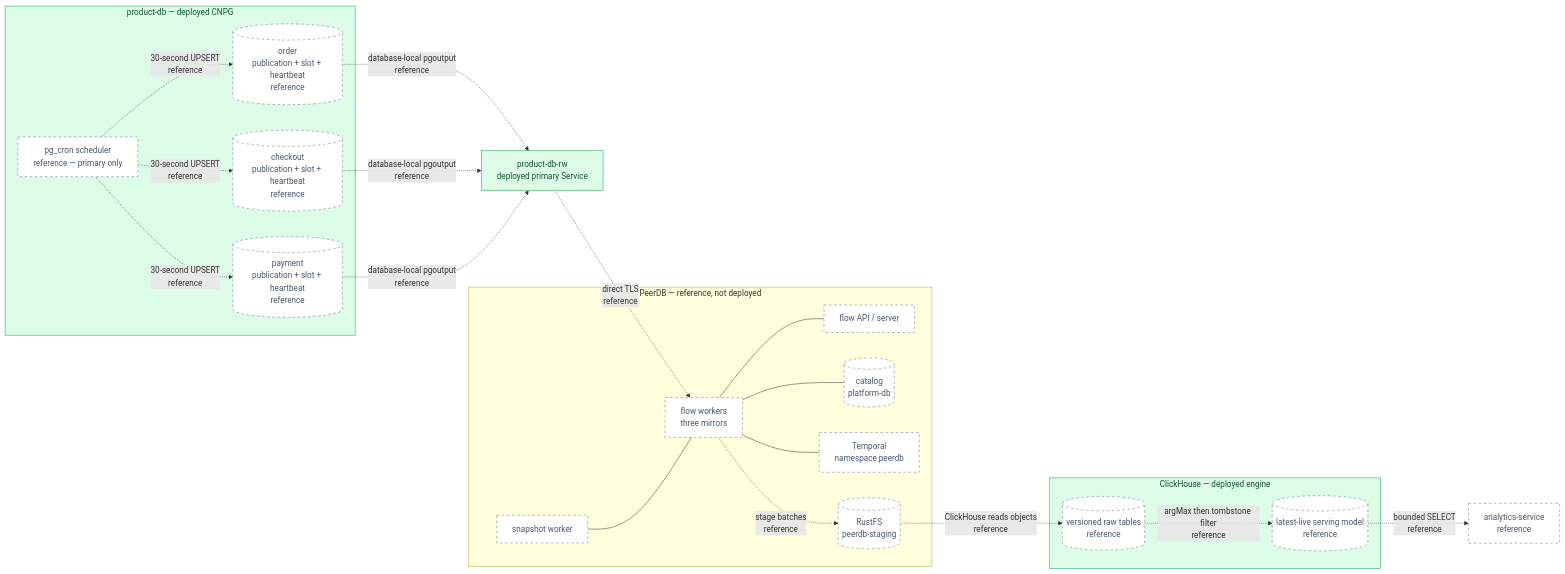
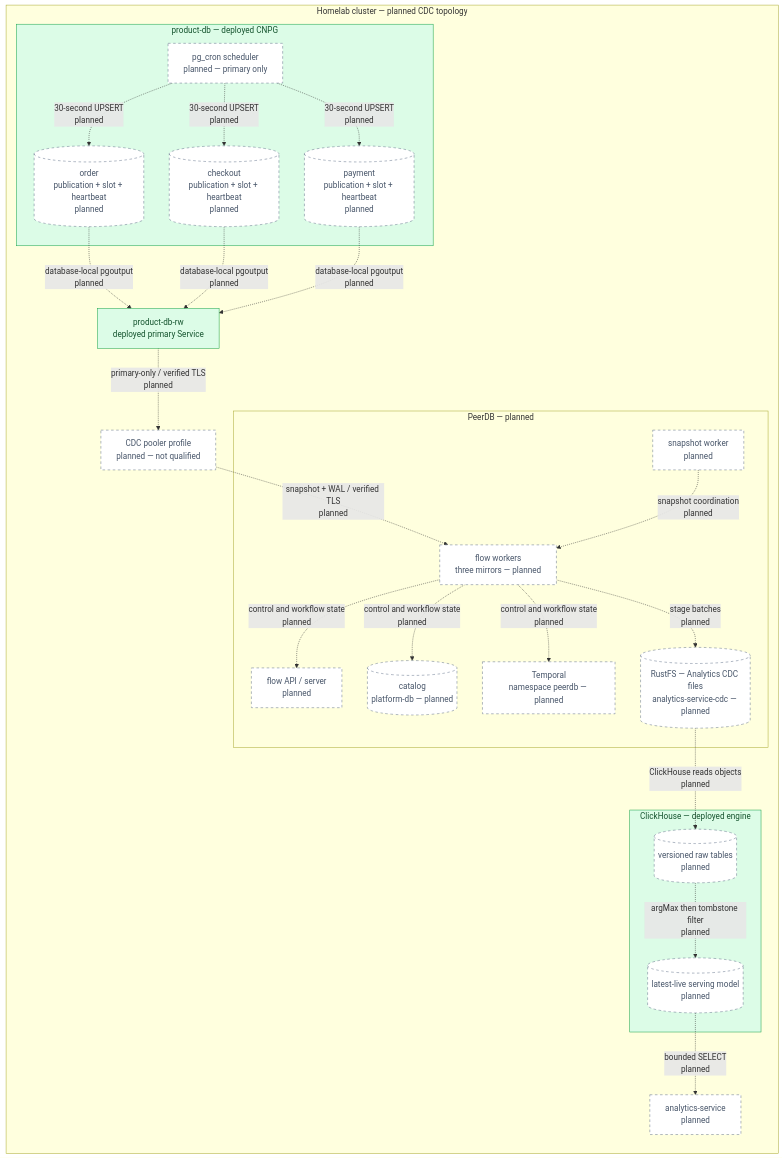
One commit to duynhlab/homelab changed the first of 2 diagrams in docs/proposals/rfc/RFC-0030/research.md. Above: the diagram before and after it, drawn with Mermaid. The commit also changed other lines of this file and 27 other files, not shown here.

````diff
--- a/docs/proposals/rfc/RFC-0030/research.md
+++ b/docs/proposals/rfc/RFC-0030/research.md
@@ -122,42 +169,48 @@
 ```mermaid
 flowchart LR
+  subgraph CLUSTER["Homelab cluster — planned CDC topology"]
   subgraph PG["product-db — deployed CNPG"]
-    CRON["pg_cron scheduler<br/>reference — primary only"]
-    ORD[("order<br/>publication + slot + heartbeat<br/>reference")]
-    CHECK[("checkout<br/>publication + slot + heartbeat<br/>reference")]
-    PAY[("payment<br/>publication + slot + heartbeat<br/>reference")]
+    CRON["pg_cron scheduler<br/>planned — primary only"]
+    ORD[("order<br/>publication + slot + heartbeat<br/>planned")]
+    CHECK[("checkout<br/>publication + slot + heartbeat<br/>planned")]
+    PAY[("payment<br/>publication + slot + heartbeat<br/>planned")]
   end
 
   RW["product-db-rw<br/>deployed primary Service"]
 
-  subgraph PDB["PeerDB — reference, not deployed"]
-    FLOW["flow workers<br/>three mirrors"]
-    SNAP["snapshot worker"]
-    CTRL["flow API / server"]
-    CAT[("catalog<br/>platform-db")]
-    TEMP["Temporal<br/>namespace peerdb"]
-    STAGE[("RustFS<br/>peerdb-staging")]
+  subgraph PDB["PeerDB — planned"]
+    FLOW["flow workers<br/>three mirrors — planned"]
+    SNAP["snapshot worker<br/>planned"]
+    CTRL["flow API / server<br/>planned"]
+    CAT[("catalog<br/>platform-db — planned")]
+    TEMP["Temporal<br/>namespace peerdb — planned"]
+    STAGE[("RustFS — Analytics CDC files<br/>analytics-service-cdc — planned")]
   end
 
   subgraph CH["ClickHouse — deployed engine"]
-    RAW[("versioned raw tables<br/>reference")]
-    SERVE[("latest-live serving model<br/>reference")]
+    RAW[("versioned raw tables<br/>planned")]
+    SERVE[("latest-live serving model<br/>planned")]
   end
 
-  API["analytics-service<br/>reference"]
+  API["analytics-service<br/>planned"]
 
-  CRON -.->|"30-second UPSERT<br/>reference"| ORD & CHECK & PAY
-  ORD & CHECK & PAY -.->|"database-local pgoutput<br/>reference"| RW
-  RW -.->|"direct TLS<br/>reference"| FLOW
-  SNAP --- FLOW
-  FLOW --- CTRL & CAT & TEMP
-  FLOW -.->|"stage batches<br/>reference"| STAGE
-  STAGE -.->|"ClickHouse reads objects<br/>reference"| RAW
-  RAW -.->|"argMax then tombstone filter<br/>reference"| SERVE
-  SERVE -.->|"bounded SELECT<br/>reference"| API
+  CRON -.->|"30-second UPSERT<br/>planned"| ORD & CHECK & PAY
+  ORD & CHECK & PAY -.->|"database-local pgoutput<br/>planned"| RW
+  CP["CDC pooler profile<br/>planned — not qualified"]
+  RW -.->|"primary-only / verified TLS<br/>planned"| CP
+  CP -.->|"snapshot + WAL / verified TLS<br/>planned"| FLOW
+  SNAP -.->|"snapshot coordination<br/>planned"| FLOW
+  FLOW -.->|"control and workflow state<br/>planned"| CTRL & CAT & TEMP
+  FLOW -.->|"stage batches<br/>planned"| STAGE
+  STAGE -.->|"ClickHouse reads objects<br/>planned"| RAW
+  RAW -.->|"argMax then tombstone filter<br/>planned"| SERVE
+  SERVE -.->|"bounded SELECT<br/>planned"| API
+
+  end
 
   classDef data fill:#dcfce7,color:#14532d,stroke:#16a34a;
   classDef planned fill:#fff,color:#475569,stroke:#64748b,stroke-dasharray:5 5;
+  class CP planned;
   class RW,PG,CH data;
   class CRON,ORD,CHECK,PAY,FLOW,SNAP,CTRL,CAT,TEMP,STAGE,RAW,SERVE,API planned;
 ```
````
